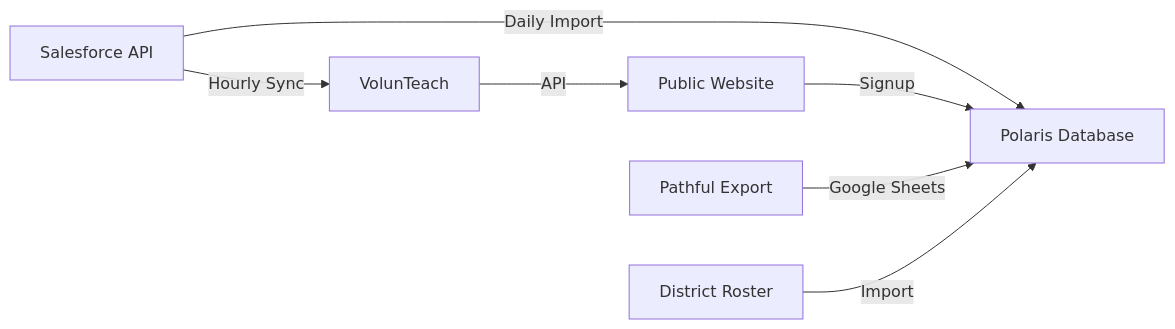
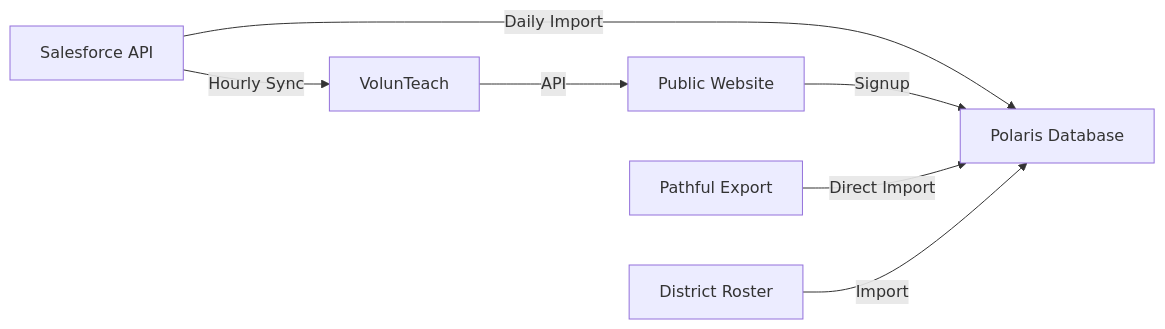
Before and after one commit to admiralorbiter/VMS: the first of 6 diagrams in documentation/content/technical/architecture.md, drawn with Mermaid. The commit also changed other lines of this file and 7 other files, not shown here.

````diff
--- a/documentation/content/technical/architecture.md
+++ b/documentation/content/technical/architecture.md
@@ -363,9 +364,9 @@
 ```mermaid
 graph LR
     SF[Salesforce API] -->|Daily Import| POL[Polaris Database]
     SF -->|Hourly Sync| VT[VolunTeach]
     VT -->|API| WEB[Public Website]
     WEB -->|Signup| POL
-    PATH[Pathful Export] -->|Google Sheets| POL
+    PATH[Pathful Export] -->|Direct Import| POL
     ROSTER[District Roster] -->|Import| POL
 ```
````
